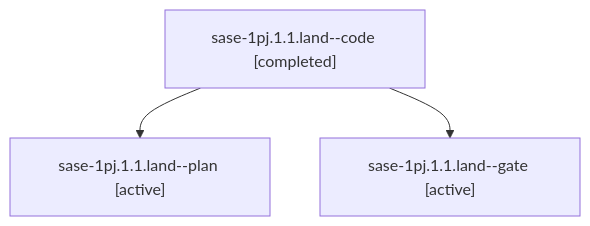
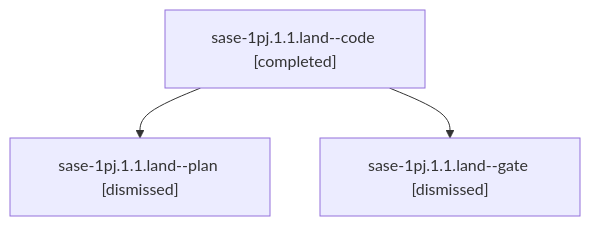
Before and after one commit to sase-org/sase--agents: the diagram in sessions/bbugyi200.athena.sase-1pj.1.1.land.md, drawn with Mermaid. The commit also changed other lines of this file and 206 other files, not shown here.

````diff
--- a/sessions/bbugyi200.athena.sase-1pj.1.1.land.md
+++ b/sessions/bbugyi200.athena.sase-1pj.1.1.land.md
@@ -9,8 +9,8 @@
 ```mermaid
 flowchart TD
   n0["sase-1pj.1.1.land--code [completed]"]
-  n1["sase-1pj.1.1.land--plan [active]"]
+  n1["sase-1pj.1.1.land--plan [dismissed]"]
   n0 --> n1
-  n2["sase-1pj.1.1.land--gate [active]"]
+  n2["sase-1pj.1.1.land--gate [dismissed]"]
   n0 --> n2
 ```
````
